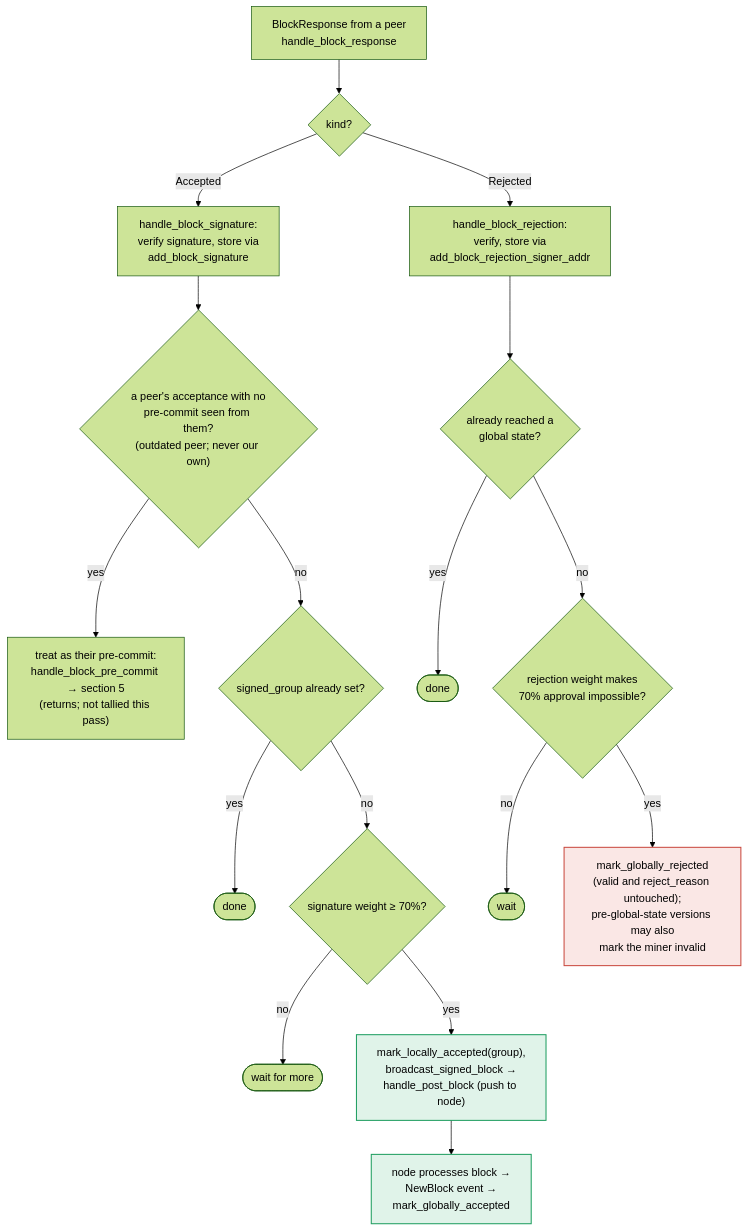
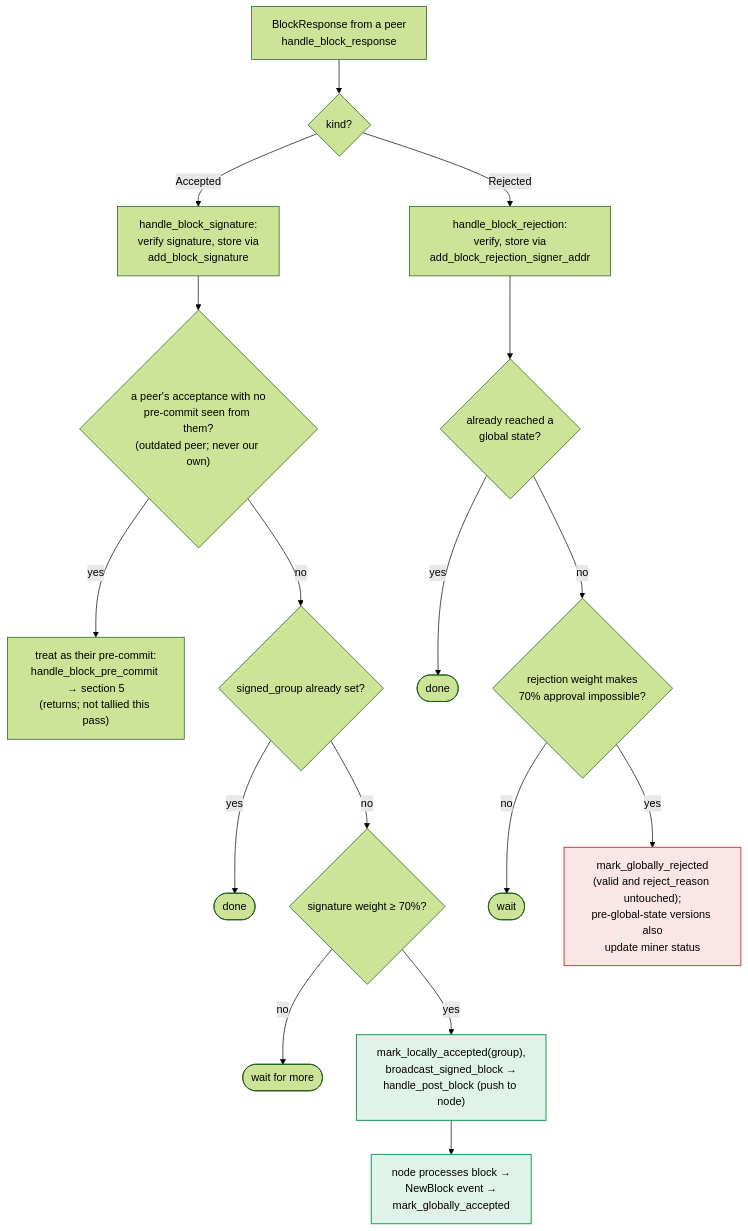
Before and after one commit to stacks-network/stacks-core: the seventh of 9 diagrams in docs/signer-flows.md, drawn with Mermaid (forest theme). The commit also changed other lines of this file and 6 other files, not shown here.

````diff
--- a/docs/signer-flows.md
+++ b/docs/signer-flows.md
@@ -410,21 +393,21 @@
 ```mermaid
 flowchart TB
     IN["BlockResponse from a peer<br/>handle_block_response"] --> KIND{"kind?"}
     KIND -- "Accepted" --> HBS["handle_block_signature:<br/>verify signature, store via<br/>add_block_signature"]
     HBS --> OLD{"a peer's acceptance with no<br/>pre-commit seen from them?<br/>(outdated peer; never our own)"}
     OLD -- yes --> ASPC["treat as their pre-commit:<br/>handle_block_pre_commit → section 5<br/>(returns; not tallied this pass)"]
     OLD -- no --> GRP{"signed_group already set?"}
     GRP -- yes --> N1(["done"])
     GRP -- no --> TALLY{"signature weight ≥ 70%?"}
     TALLY -- no --> N2(["wait for more"])
     TALLY -- yes --> BCAST["mark_locally_accepted(group),<br/>broadcast_signed_block →<br/>handle_post_block (push to node)"]:::good
     KIND -- "Rejected" --> HBR["handle_block_rejection:<br/>verify, store via<br/>add_block_rejection_signer_addr"]
     HBR --> DONE{"already reached a<br/>global state?"}
     DONE -- yes --> N4(["done"])
     DONE -- no --> RT{"rejection weight makes<br/>70% approval impossible?"}
     RT -- no --> N3(["wait"])
-    RT -- yes --> GREJ["mark_globally_rejected<br/>(valid and reject_reason untouched);<br/>pre-global-state versions may also<br/>mark the miner invalid"]:::bad
+    RT -- yes --> GREJ["mark_globally_rejected<br/>(valid and reject_reason untouched);<br/>pre-global-state versions also<br/>update miner status"]:::bad
     BCAST --> NB["node processes block →<br/>NewBlock event →<br/>mark_globally_accepted"]:::good
     classDef good fill:#17a45c22,stroke:#1d9d5f,stroke-width:1.5px;
     classDef bad fill:#d84a3f22,stroke:#c9473d,stroke-width:1.5px;
 ```
````
